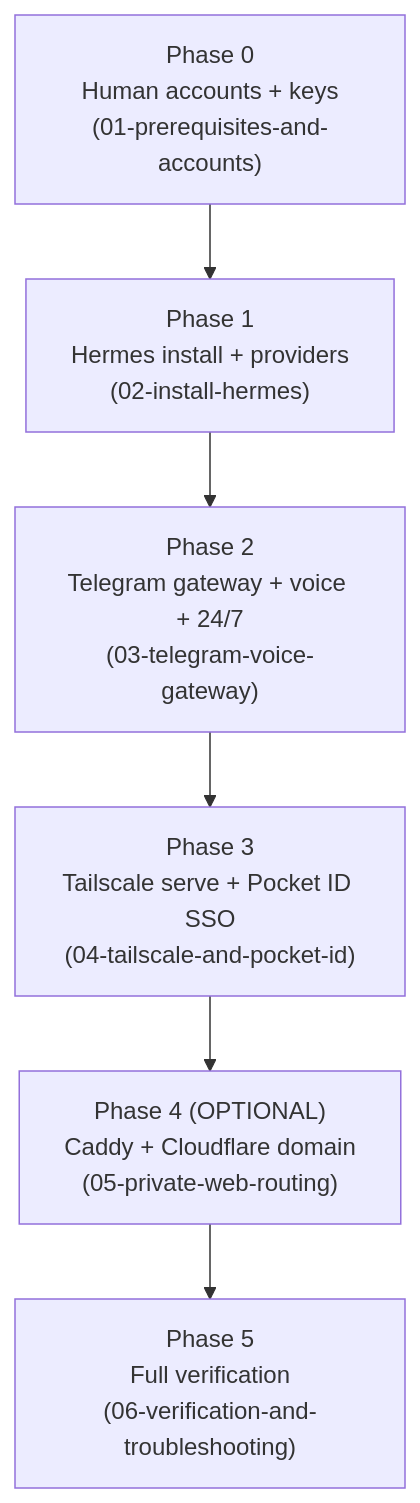
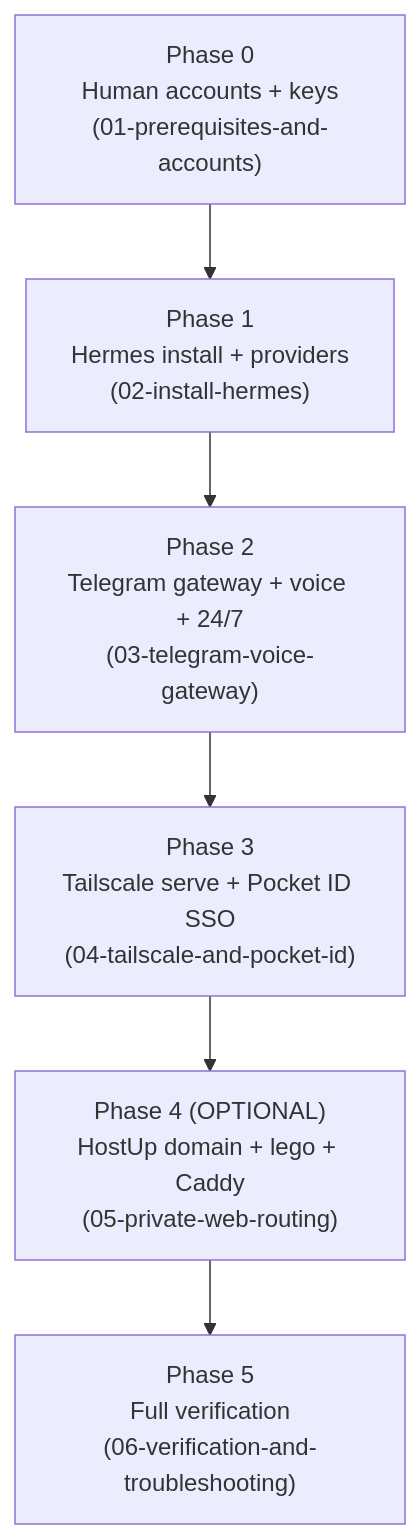
The diagram in ROADMAP.md (noor-latif/Getting-Started-AI), drawn with Mermaid before and after one commit. The commit also changed other lines of this file and 5 other files, not shown here.

Commit message:
Switch Option A to HostUp DNS + lego + standard Caddy; fix serve-mapping additivity; ROADMAP/CONTEXT read order aligned

````diff
--- a/ROADMAP.md
+++ b/ROADMAP.md
@@ -5,11 +5,11 @@
 ```mermaid
 flowchart TD
     P0["Phase 0<br/>Human accounts + keys<br/>(01-prerequisites-and-accounts)"]
     P1["Phase 1<br/>Hermes install + providers<br/>(02-install-hermes)"]
     P2["Phase 2<br/>Telegram gateway + voice + 24/7<br/>(03-telegram-voice-gateway)"]
     P3["Phase 3<br/>Tailscale serve + Pocket ID SSO<br/>(04-tailscale-and-pocket-id)"]
-    P4["Phase 4 (OPTIONAL)<br/>Caddy + Cloudflare domain<br/>(05-private-web-routing)"]
+    P4["Phase 4 (OPTIONAL)<br/>HostUp domain + lego + Caddy<br/>(05-private-web-routing)"]
     P5["Phase 5<br/>Full verification<br/>(06-verification-and-troubleshooting)"]
 
     P0 --> P1 --> P2 --> P3 --> P4 --> P5
 ```
````
